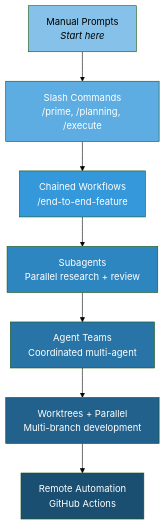
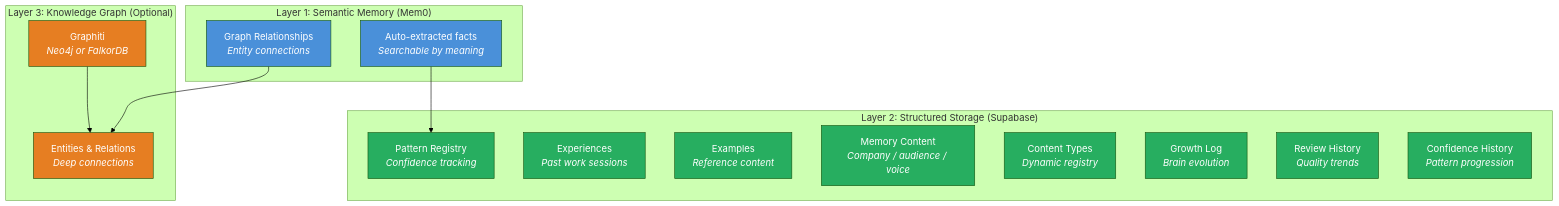
Before and after one commit to ryanjosebrosas/second-brain-ultimatum: the fifth of 8 diagrams in README.md, drawn with Mermaid (forest theme). The commit also changed other lines of this file, not shown here.

First line of the commit message:
docs: rewrite README for Second Brain copywriter agent

````diff
--- a/README.md
+++ b/README.md
@@ -243,17 +374,40 @@
 ```mermaid
 graph TD
-    M["Manual Prompts<br/><i>Start here</i>"] --> CMD["Slash Commands<br/>/prime, /planning, /execute"]
-    CMD --> CHAIN["Chained Workflows<br/>/end-to-end-feature"]
-    CHAIN --> SUB["Subagents<br/>Parallel research + review"]
-    SUB --> TEAM["Agent Teams<br/>Coordinated multi-agent"]
-    TEAM --> WT["Worktrees + Parallel<br/>Multi-branch development"]
-    WT --> REMOTE["Remote Automation<br/>GitHub Actions"]
+    subgraph "Layer 1: Semantic Memory (Mem0)"
+        SM["Auto-extracted facts<br/><i>Searchable by meaning</i>"]
+        GR["Graph Relationships<br/><i>Entity connections</i>"]
+    end
 
-    style M fill:#85c1e9,color:#000
-    style CMD fill:#5dade2,color:#fff
-    style CHAIN fill:#3498db,color:#fff
-    style SUB fill:#2e86c1,color:#fff
-    style TEAM fill:#2874a6,color:#fff
-    style WT fill:#21618c,color:#fff
-    style REMOTE fill:#1b4f72,color:#fff
+    subgraph "Layer 2: Structured Storage (Supabase)"
+        PAT["Pattern Registry<br/><i>Confidence tracking</i>"]
+        EXP["Experiences<br/><i>Past work sessions</i>"]
+        EX["Examples<br/><i>Reference content</i>"]
+        MC["Memory Content<br/><i>Company / audience / voice</i>"]
+        CT["Content Types<br/><i>Dynamic registry</i>"]
+        GL["Growth Log<br/><i>Brain evolution</i>"]
+        RH["Review History<br/><i>Quality trends</i>"]
+        CH["Confidence History<br/><i>Pattern progression</i>"]
+    end
+
+    subgraph "Layer 3: Knowledge Graph (Optional)"
+        GI["Graphiti<br/><i>Neo4j or FalkorDB</i>"]
+        ENT["Entities & Relations<br/><i>Deep connections</i>"]
+    end
+
+    SM --> PAT
+    GR --> ENT
+    GI --> ENT
+
+    style SM fill:#4a90d9,color:#fff
+    style GR fill:#4a90d9,color:#fff
+    style PAT fill:#27ae60,color:#fff
+    style EXP fill:#27ae60,color:#fff
+    style EX fill:#27ae60,color:#fff
+    style MC fill:#27ae60,color:#fff
+    style CT fill:#27ae60,color:#fff
+    style GL fill:#27ae60,color:#fff
+    style RH fill:#27ae60,color:#fff
+    style CH fill:#27ae60,color:#fff
+    style GI fill:#e67e22,color:#fff
+    style ENT fill:#e67e22,color:#fff
 ```
````
